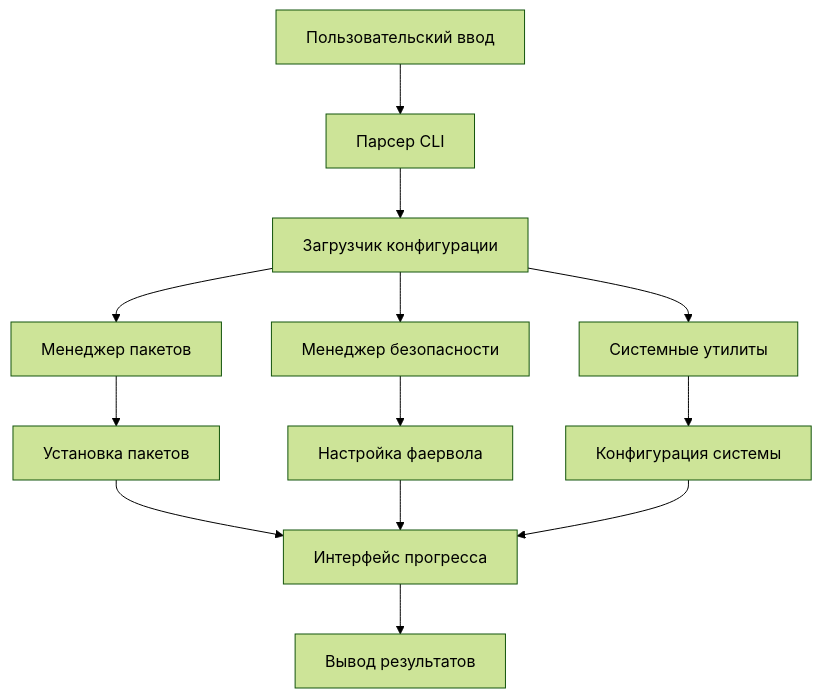
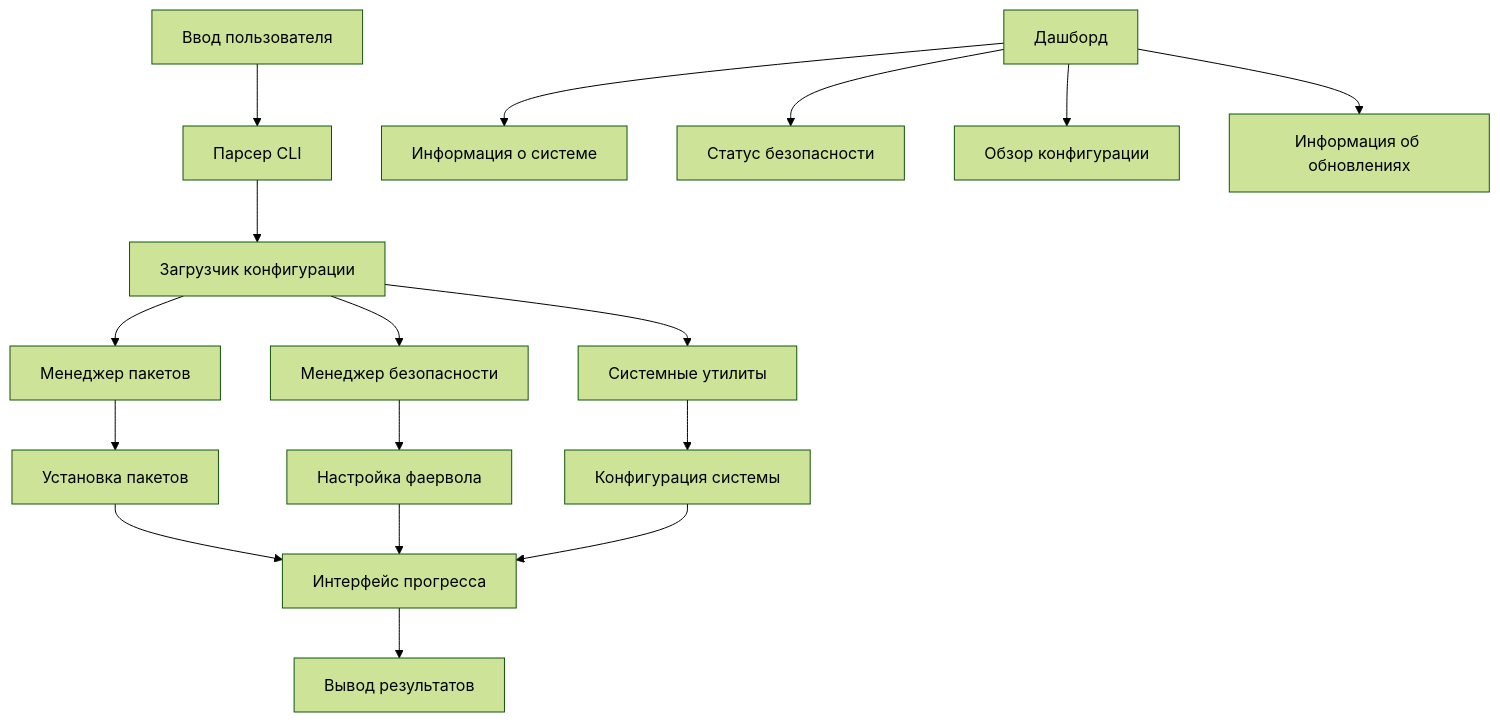
The diagram in README_RU.md (13winged/go-to-run), drawn with Mermaid (forest theme) before and after one commit. The commit also changed other lines of this file and 1 other file, not shown here.

````diff
--- a/README_RU.md
+++ b/README_RU.md
@@ -238,18 +271,23 @@
 ```mermaid
 graph TB
-    A[Пользовательский ввод] --> B[Парсер CLI]
+    A[Ввод пользователя] --> B[Парсер CLI]
     B --> C[Загрузчик конфигурации]
     C --> D[Менеджер пакетов]
     C --> E[Менеджер безопасности]
     C --> F[Системные утилиты]
     
     D --> G[Установка пакетов]
     E --> H[Настройка фаервола]
     F --> I[Конфигурация системы]
     
     G --> J[Интерфейс прогресса]
     H --> J
     I --> J
     
     J --> K[Вывод результатов]
+    
+    L[Дашборд] --> M[Информация о системе]
+    L --> N[Статус безопасности]
+    L --> O[Обзор конфигурации]
+    L --> P[Информация об обновлениях]
 ```
````
